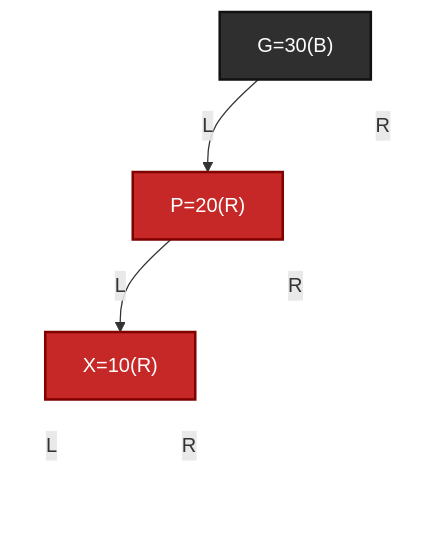
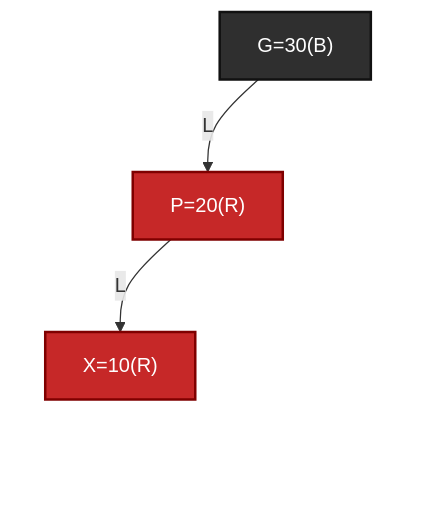
The fifth of 24 diagrams in knowledge/linux/data_structures/红黑树_rb-tree/P35_红黑插入与红红冲突上推.md (FormingSystem/linux_note), drawn with Mermaid before and after one commit. The commit also changed other lines of this file and 5 other files, not shown here.

````diff
--- a/knowledge/linux/data_structures/红黑树_rb-tree/P35_红黑插入与红红冲突上推.md
+++ b/knowledge/linux/data_structures/红黑树_rb-tree/P35_红黑插入与红红冲突上推.md
@@ -276,32 +276,32 @@
 ```mermaid
 graph TD
 	rb_g_after["G=30(B)"]
 	rb_p_after["P=20(R)"]
 	rb_g_right_nil_after[" "]
 	rb_x_after["X=10(R)"]
 	rb_p_right_nil_after[" "]
 	rb_x_left_nil_after[" "]
 	rb_x_right_nil_after[" "]
 
 	rb_g_after -->|"L"| rb_p_after
-	rb_g_after -->|"R"| rb_g_right_nil_after
+	rb_g_after --> rb_g_right_nil_after
 
 	rb_p_after -->|"L"| rb_x_after
-	rb_p_after -->|"R"| rb_p_right_nil_after
+	rb_p_after --> rb_p_right_nil_after
 
-	rb_x_after -->|"L"| rb_x_left_nil_after
-	rb_x_after -->|"R"| rb_x_right_nil_after
+	rb_x_after --> rb_x_left_nil_after
+	rb_x_after --> rb_x_right_nil_after
 
 	classDef rb_black fill:#2f2f2f,stroke:#111,color:#fff,stroke-width:2px;
 	classDef rb_red fill:#c62828,stroke:#7f0000,color:#fff,stroke-width:2px;
 	classDef rb_nil fill:transparent,stroke:transparent,color:transparent;
 
 	class rb_g_after rb_black;
 	class rb_p_after,rb_x_after rb_red;
 	class rb_g_right_nil_after,rb_p_right_nil_after,rb_x_left_nil_after,rb_x_right_nil_after rb_nil;
 
 	linkStyle 1 stroke:transparent;
 	linkStyle 3 stroke:transparent;
 	linkStyle 4 stroke:transparent;
 	linkStyle 5 stroke:transparent;
 ```
````
